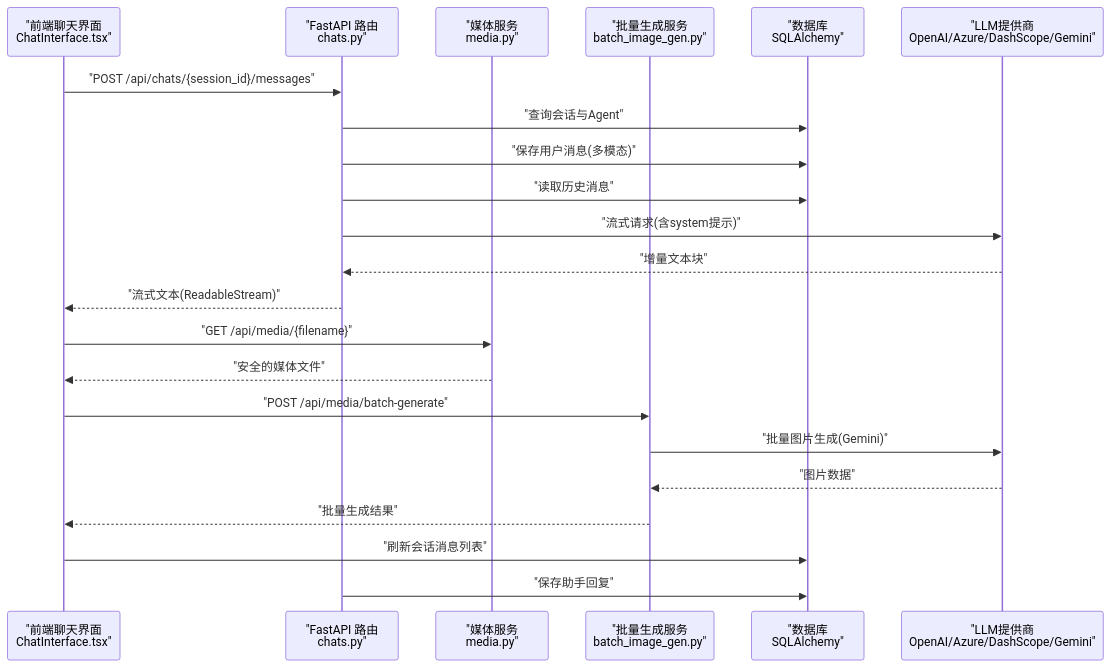
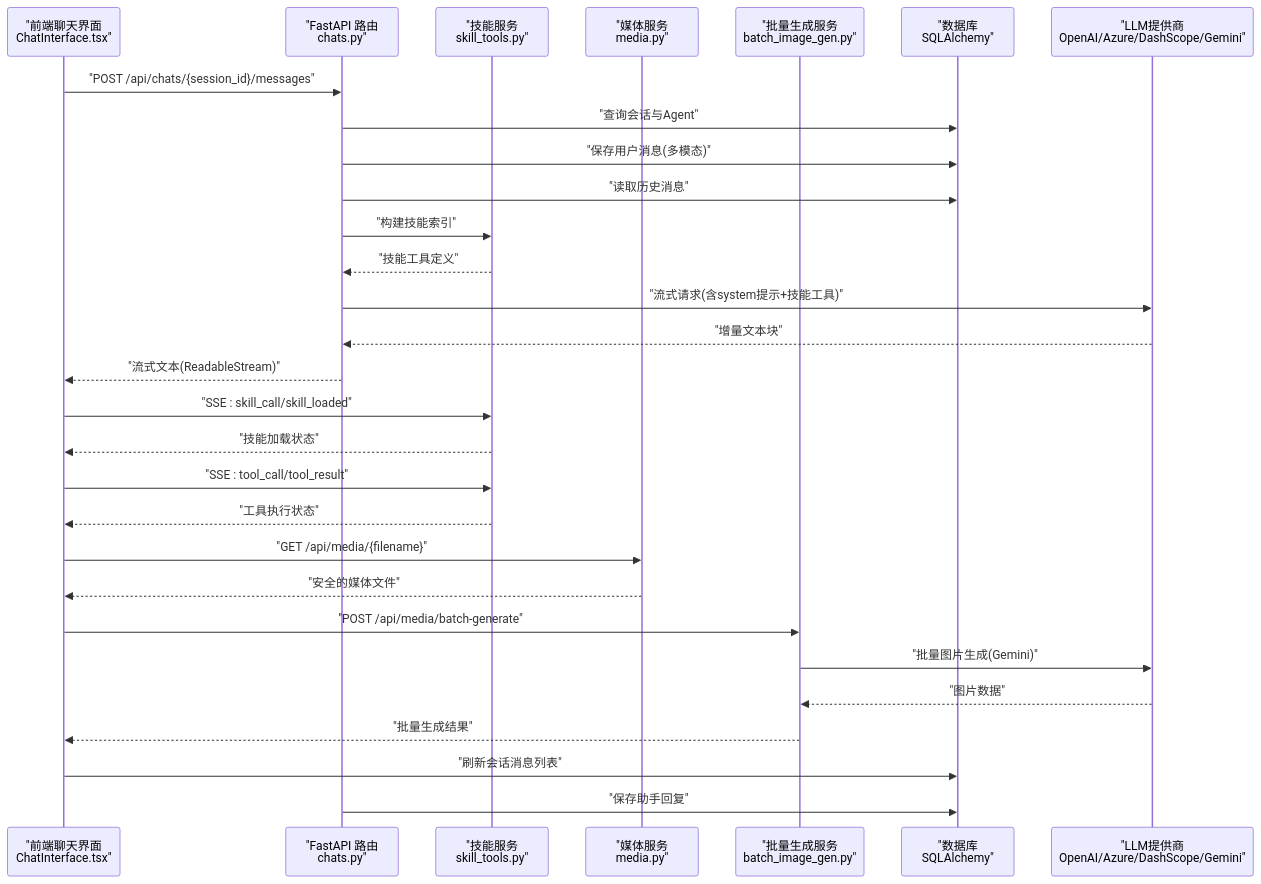
The second of 10 diagrams in .qoder/repowiki/zh/content/后端开发指南/API路由系统/聊天交互API.md (KunLabAI/KunFlix), drawn with Mermaid before and after one commit. The commit also changed other lines of this file and 11 other files, not shown here.

````diff
--- a/.qoder/repowiki/zh/content/后端开发指南/API路由系统/聊天交互API.md
+++ b/.qoder/repowiki/zh/content/后端开发指南/API路由系统/聊天交互API.md
@@ -126,24 +140,31 @@
 ```mermaid
 sequenceDiagram
 participant FE as "前端聊天界面<br/>ChatInterface.tsx"
 participant API as "FastAPI 路由<br/>chats.py"
+participant Skills as "技能服务<br/>skill_tools.py"
 participant Media as "媒体服务<br/>media.py"
 participant BatchGen as "批量生成服务<br/>batch_image_gen.py"
 participant DB as "数据库<br/>SQLAlchemy"
 participant LLM as "LLM提供商<br/>OpenAI/Azure/DashScope/Gemini"
 FE->>API : "POST /api/chats/{session_id}/messages"
 API->>DB : "查询会话与Agent"
 API->>DB : "保存用户消息(多模态)"
 API->>DB : "读取历史消息"
-API->>LLM : "流式请求(含system提示)"
+API->>Skills : "构建技能索引"
+Skills-->>API : "技能工具定义"
+API->>LLM : "流式请求(含system提示+技能工具)"
 LLM-->>API : "增量文本块"
 API-->>FE : "流式文本(ReadableStream)"
+FE->>Skills : "SSE : skill_call/skill_loaded"
+Skills-->>FE : "技能加载状态"
+FE->>Skills : "SSE : tool_call/tool_result"
+Skills-->>FE : "工具执行状态"
 FE->>Media : "GET /api/media/{filename}"
 Media-->>FE : "安全的媒体文件"
 FE->>BatchGen : "POST /api/media/batch-generate"
 BatchGen->>LLM : "批量图片生成(Gemini)"
 LLM-->>BatchGen : "图片数据"
 BatchGen-->>FE : "批量生成结果"
 FE->>DB : "刷新会话消息列表"
 API->>DB : "保存助手回复"
 ```
````
